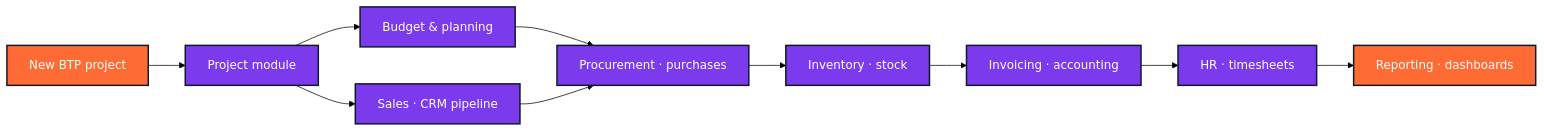
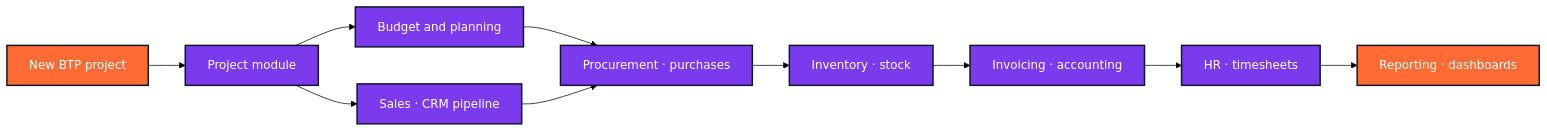
Before and after one commit to barthez-kenwou/barthez-kenwou: diagram 14 of 18 in README.md, drawn with Mermaid (forest theme). The commit also changed other lines of this file, not shown here.

````diff
--- a/README.md
+++ b/README.md
@@ -1137,18 +1134,18 @@
 ```mermaid
 flowchart LR
     classDef mod fill:#7C3AED,stroke:#0F172A,color:#fff,stroke-width:2px
     classDef flow fill:#FF6B35,stroke:#0F172A,color:#fff,stroke-width:2px
 
     A["New BTP project"] --> B["Project module"]
-    B --> C["Budget &amp; planning"]
+    B --> C["Budget and planning"]
     C --> D["Procurement · purchases"]
     D --> E["Inventory · stock"]
     E --> F["Invoicing · accounting"]
     F --> G["HR · timesheets"]
     G --> H["Reporting · dashboards"]
     B --> I["Sales · CRM pipeline"]
     I --> D
 
     class B,C,D,E,F,G,I mod
     class A,H flow
 ```
````
